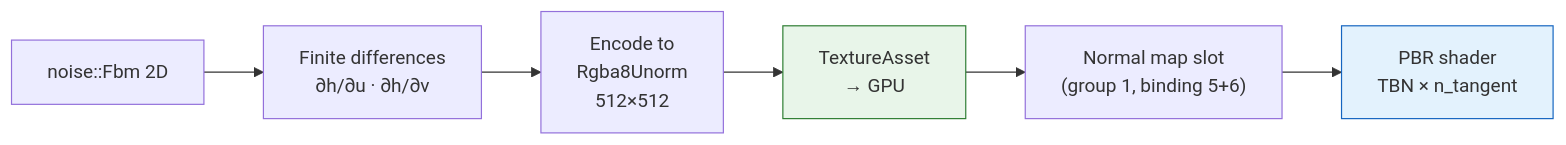
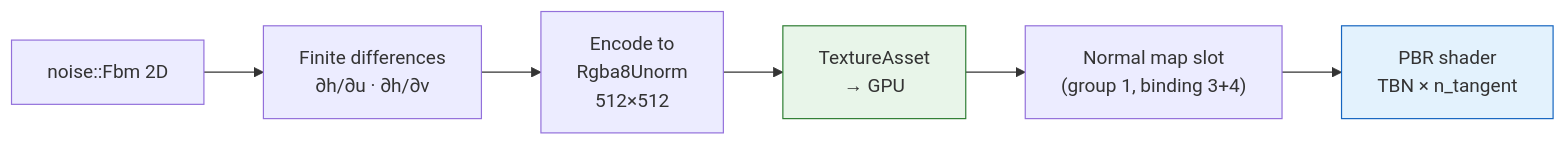
One commit to vansweej/nodemoss changed the ninth of 18 diagrams in docs/MATERIAL.md. Above: the diagram before and after it, drawn with Mermaid. The commit also changed other lines of this file and 8 other files, not shown here.

````diff
--- a/docs/MATERIAL.md
+++ b/docs/MATERIAL.md
@@ -877,14 +880,14 @@
 ```mermaid
 flowchart LR
     Noise["noise::Fbm 2D"]
     FD["Finite differences\n∂h/∂u · ∂h/∂v"]
     Encode["Encode to\nRgba8Unorm\n512×512"]
     Upload["TextureAsset\n→ GPU"]
-    Slot["Normal map slot\n(group 1, binding 5+6)"]
+    Slot["Normal map slot\n(group 1, binding 3+4)"]
     Shader["PBR shader\nTBN × n_tangent"]
 
     Noise --> FD --> Encode --> Upload --> Slot --> Shader
 
     style Upload fill:#e8f5e9,stroke:#2e7d32
     style Shader fill:#e3f2fd,stroke:#1565c0
 ```
````
